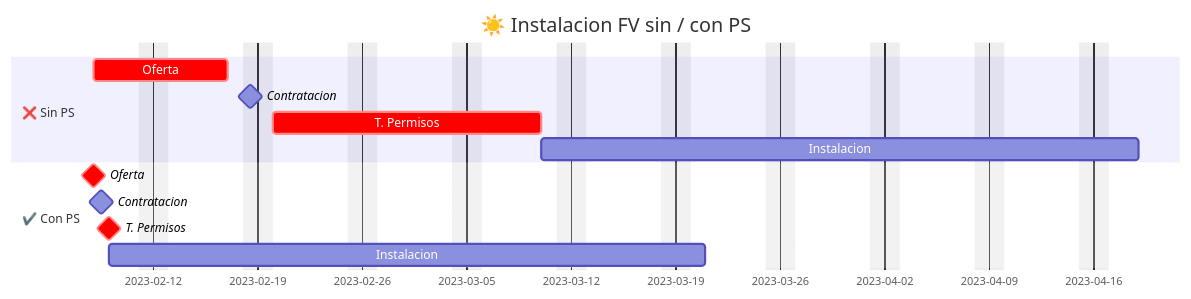
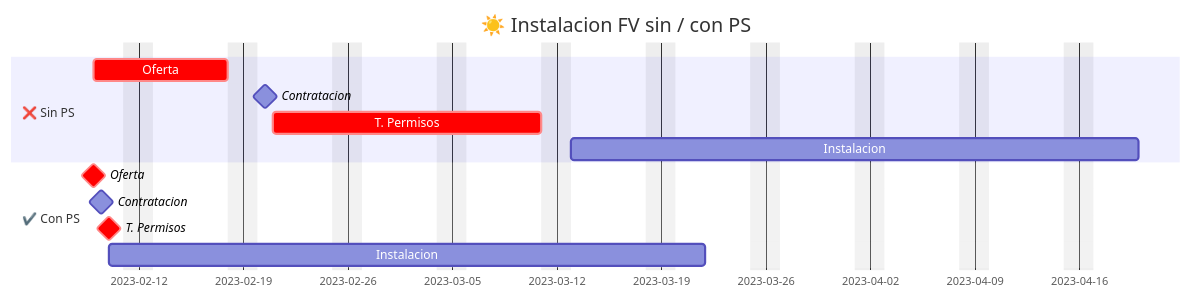
The first of 2 diagrams in docs_jpg/index.md (asolear/ProyectoSolar), drawn with Mermaid before and after one commit. The commit also changed other lines of this file and 8 other files, not shown here.

````diff
--- a/docs_jpg/index.md
+++ b/docs_jpg/index.md
@@ -48,19 +49,19 @@
     ``` mermaid
     gantt
         title       ☀️ Instalacion FV con  PS
         excludes    weekends
         %% (`excludes` accepts specific dates in YYYY-MM-DD format, days of the week ("sunday") or "weekends", but not the word "weekdays".)
         title       ☀️ Instalacion FV  sin / con  PS
         section ❌ Sin PS
-        Oferta                  :crit,    Oferta, 2023-02-08, 1w
+        Oferta                  :crit,    Oferta, 2023-02-09, 1w
         Contratacion          : milestone,1d
         T. Permisos :crit,2w
         Instalacion: 4w
 
         section ✔️ Con PS
-        Oferta  :crit,milestone,    des1, 2023-02-08, 0d
+        Oferta  :crit,milestone,    des1, 2023-02-09, 0d
         Contratacion         :milestone,1d
         T. Permisos :crit,milestone,0d
         Instalacion: 4w
     
     ```
````
